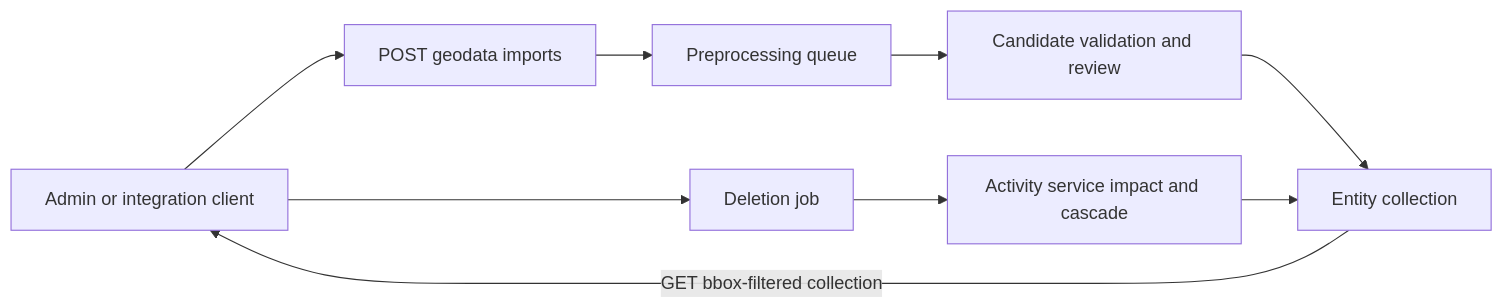
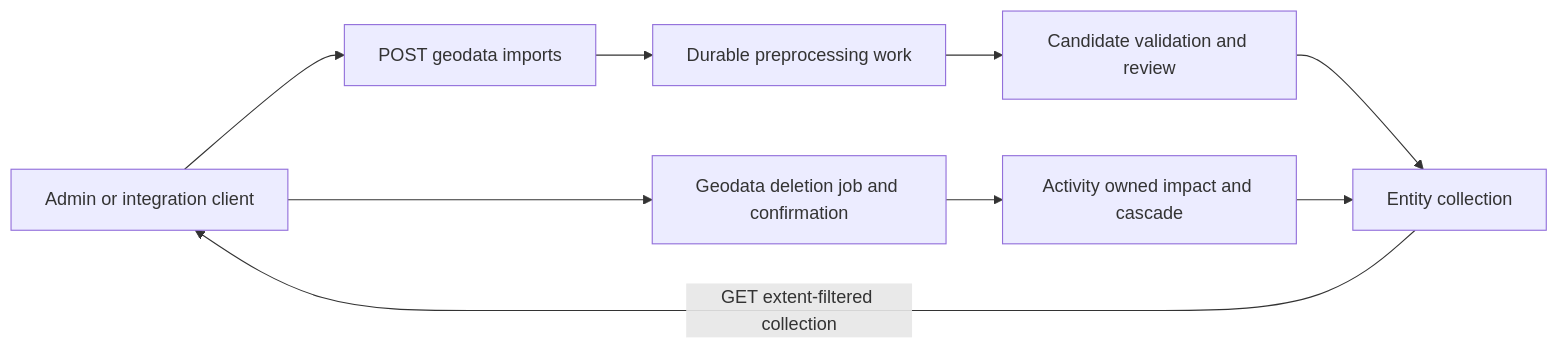
One commit to myota-platform/myota-docs changed the diagram in docs/architecture/diagrams/geodata-resource-lifecycle.md. Above: the diagram before and after it, drawn with Mermaid. The commit also changed other lines of this file and 24 other files, not shown here.

First line of the commit message:
docs(review): complete architecture review phases 1-4

````diff
--- a/docs/architecture/diagrams/geodata-resource-lifecycle.md
+++ b/docs/architecture/diagrams/geodata-resource-lifecycle.md
@@ -3,18 +3,18 @@
-```mermaid
+~~~mermaid
 flowchart LR
   Client[Admin or integration client]
   Import[POST geodata imports]
-  Stage[Preprocessing queue]
+  Stage[Durable preprocessing work]
   Review[Candidate validation and review]
   Entity[Entity collection]
-  Activity[Activity service impact and cascade]
-  Job[Deletion job]
+  Activity[Activity owned impact and cascade]
+  Job[Geodata deletion job and confirmation]
   Client --> Import
   Import --> Stage
   Stage --> Review
   Review --> Entity
   Client --> Job
   Job --> Activity
   Activity --> Entity
-  Entity -->|GET bbox-filtered collection| Client
-```
+  Entity -->|GET extent-filtered collection| Client
+~~~
````
